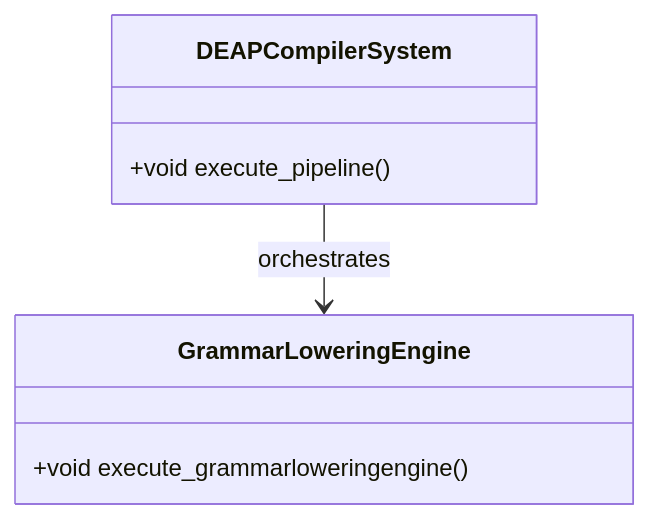
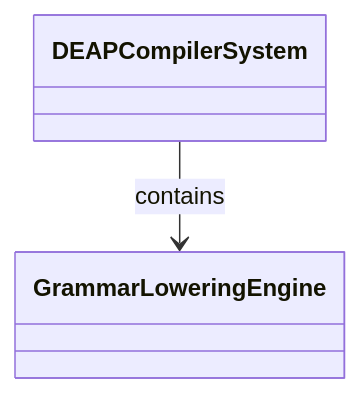
The diagram in docs/features/FEAT-21-GrammarLoweringEngine.md (gintatkinson/dumpiler-01), drawn with Mermaid before and after one commit. The commit also changed other lines of this file and 101 other files, not shown here.

````diff
--- a/docs/features/FEAT-21-GrammarLoweringEngine.md
+++ b/docs/features/FEAT-21-GrammarLoweringEngine.md
@@ -25,10 +29,6 @@
 ```mermaid
 classDiagram
-    class DEAPCompilerSystem {
-        +void execute_pipeline()
-    }
-    class GrammarLoweringEngine {
-        +void execute_grammarloweringengine()
-    }
-    DEAPCompilerSystem --> GrammarLoweringEngine : orchestrates
+    class DEAPCompilerSystem
+    class GrammarLoweringEngine
+    DEAPCompilerSystem --> GrammarLoweringEngine : contains
 ```
````
